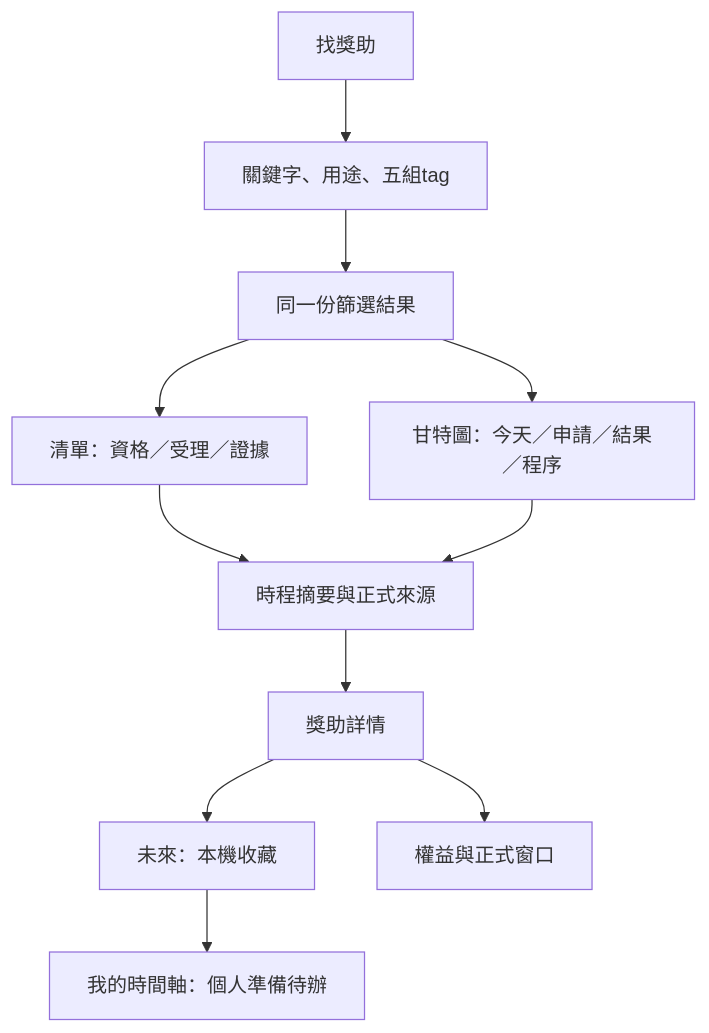
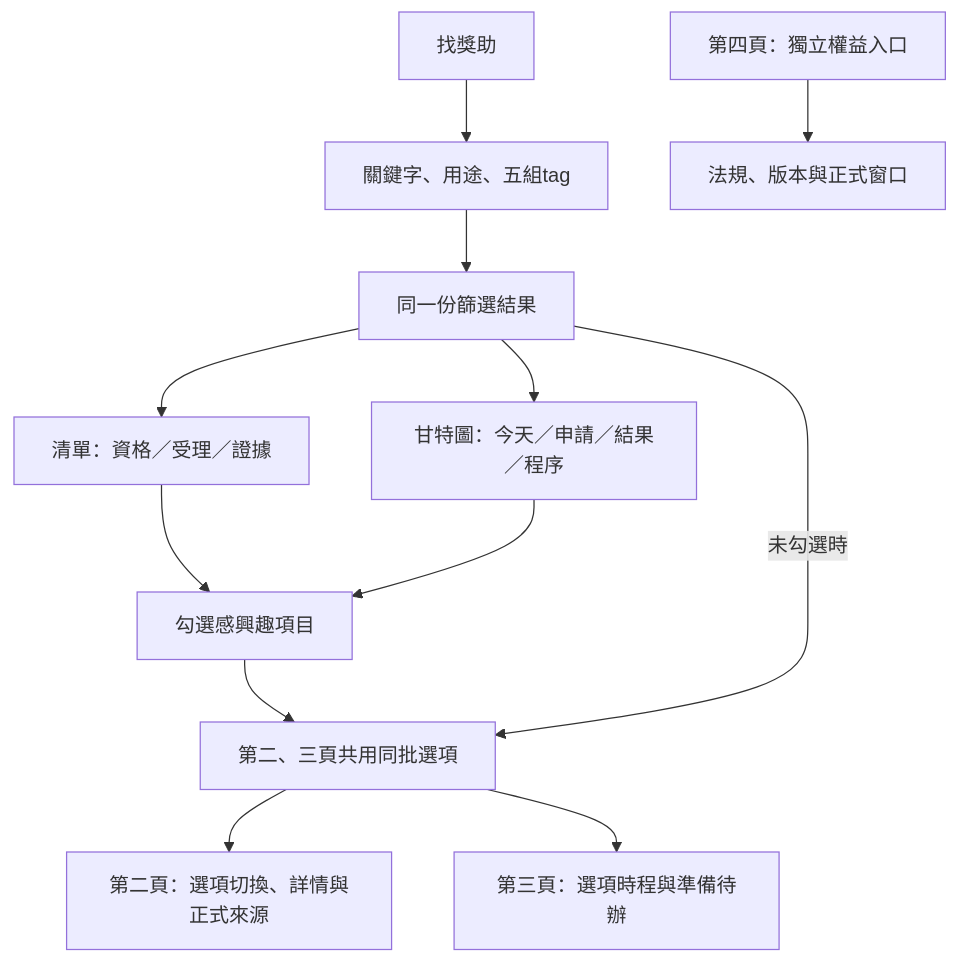
One commit to matt-ye/opengsa changed the first of 2 diagrams in docs/design/README.md. Above: the diagram before and after it, drawn with Mermaid. The commit also changed other lines of this file and 6 other files, not shown here.

````diff
--- a/docs/design/README.md
+++ b/docs/design/README.md
@@ -38,13 +42,14 @@
 ```mermaid
 flowchart TD
  A[找獎助] --> B[關鍵字、用途、五組tag]
  B --> C[同一份篩選結果]
  C --> D[清單：資格／受理／證據]
  C --> E[甘特圖：今天／申請／結果／程序]
- D --> F[時程摘要與正式來源]
+ D --> F[勾選感興趣項目]
  E --> F
- F --> G[獎助詳情]
- G --> H[未來：本機收藏]
- H --> I[我的時間軸：個人準備待辦]
- G --> J[權益與正式窗口]
+ F --> G[第二、三頁共用同批選項]
+ C -->|未勾選時| G
+ G --> H[第二頁：選項切換、詳情與正式來源]
+ G --> I[第三頁：選項時程與準備待辦]
+ J[第四頁：獨立權益入口] --> K[法規、版本與正式窗口]
 ```
````
